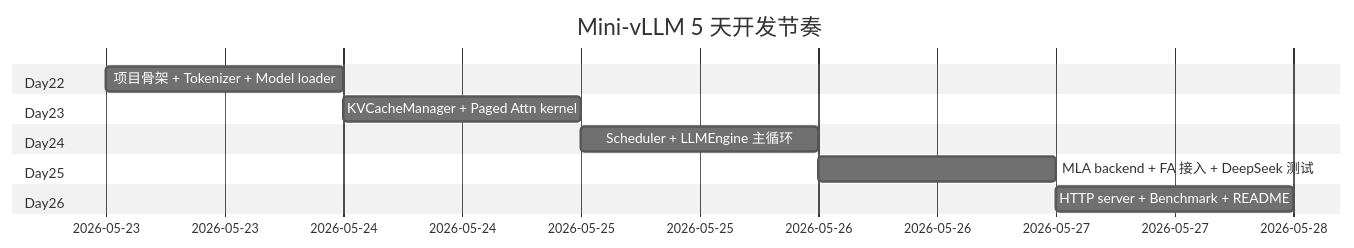
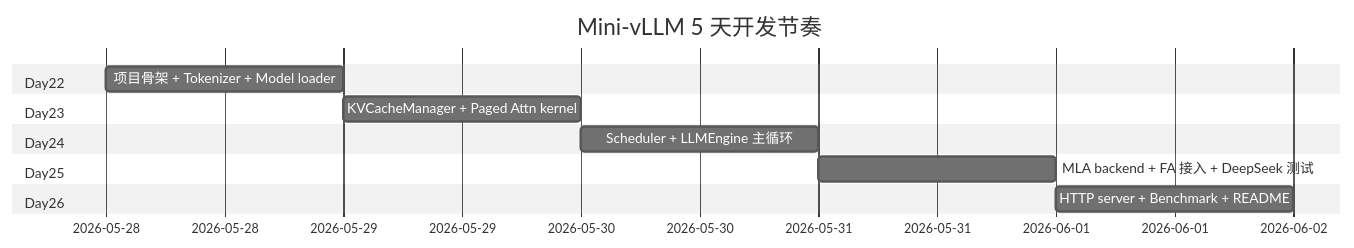
One commit to Xuefei-Zhang/llm-infer-journey changed the third of 4 diagrams in 06-mini-vllm-design.md. Above: the diagram before and after it, drawn with Mermaid (neutral theme). The commit also changed other lines of this file and 11 other files, not shown here.

````diff
--- a/06-mini-vllm-design.md
+++ b/06-mini-vllm-design.md
@@ -464,15 +470,15 @@
 ```mermaid
 gantt
     title Mini-vLLM 5 天开发节奏
     dateFormat YYYY-MM-DD
     section Day22
-    项目骨架 + Tokenizer + Model loader  :2026-05-23, 1d
+    项目骨架 + Tokenizer + Model loader  :2026-05-28, 1d
     section Day23
-    KVCacheManager + Paged Attn kernel   :2026-05-24, 1d
+    KVCacheManager + Paged Attn kernel   :2026-05-29, 1d
     section Day24
-    Scheduler + LLMEngine 主循环          :2026-05-25, 1d
+    Scheduler + LLMEngine 主循环          :2026-05-30, 1d
     section Day25
-    MLA backend + FA 接入 + DeepSeek 测试 :2026-05-26, 1d
+    MLA backend + FA 接入 + DeepSeek 测试 :2026-05-31, 1d
     section Day26
-    HTTP server + Benchmark + README     :2026-05-27, 1d
+    HTTP server + Benchmark + README     :2026-06-01, 1d
 ```
````
